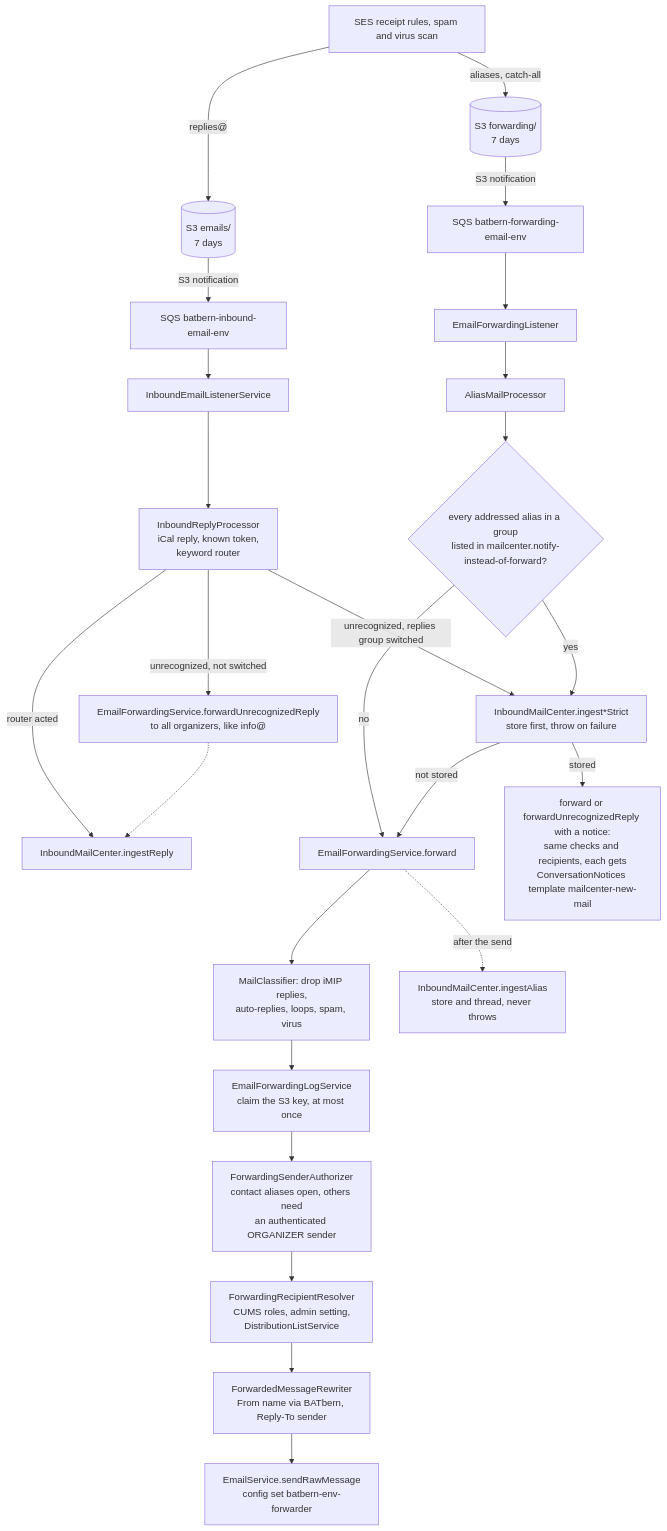
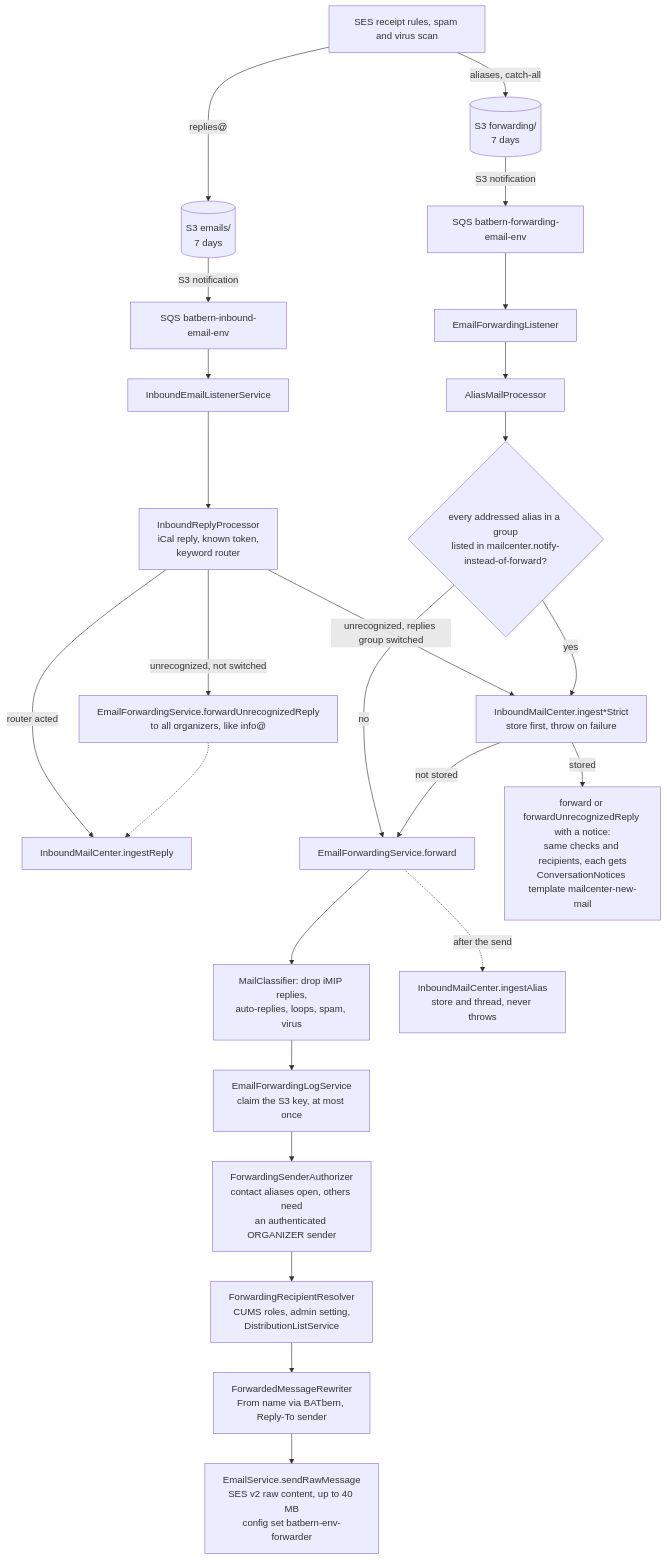
One commit to nissimbuchs/BATbern2 changed the seventh of 14 diagrams in docs/architecture/06-backend-architecture.md. Above: the diagram before and after it, drawn with Mermaid. The commit also changed other lines of this file and 351 other files, not shown here.

First line of the commit message:
feat(agent-runtime): agent-service runs a gated, logged agent loop (epic 1, dark) + SES v2 forwarding fix (#1345)

````diff
--- a/docs/architecture/06-backend-architecture.md
+++ b/docs/architecture/06-backend-architecture.md
@@ -1120,25 +1319,25 @@
 ```mermaid
 flowchart TD
     SES["SES receipt rules, spam and virus scan"] -->|"replies@"| S3E[("S3 emails/<br/>7 days")]
     SES -->|"aliases, catch-all"| S3F[("S3 forwarding/<br/>7 days")]
     S3E -->|"S3 notification"| QI["SQS batbern-inbound-email-env"]
     S3F -->|"S3 notification"| QF["SQS batbern-forwarding-email-env"]
     QI --> IL["InboundEmailListenerService"] --> IRP["InboundReplyProcessor<br/>iCal reply, known token,<br/>keyword router"]
     IRP -->|"router acted"| ING2["InboundMailCenter.ingestReply"]
     IRP -->|"unrecognized, replies group switched"| STRICT
     IRP -->|"unrecognized, not switched"| FUR["EmailForwardingService.forwardUnrecognizedReply<br/>to all organizers, like info@"]
     FUR -.-> ING2
     QF --> FL["EmailForwardingListener"] --> AMP["AliasMailProcessor"]
     AMP --> SW{"every addressed alias in a group<br/>listed in mailcenter.notify-instead-of-forward?"}
     SW -->|"no"| FWD["EmailForwardingService.forward"]
     SW -->|"yes"| STRICT["InboundMailCenter.ingest*Strict<br/>store first, throw on failure"]
     STRICT -->|"stored"| NOTICE["forward or forwardUnrecognizedReply with a notice:<br/>same checks and recipients, each gets<br/>ConversationNotices template mailcenter-new-mail"]
     STRICT -->|"not stored"| FWD
     FWD --> CL["MailClassifier: drop iMIP replies,<br/>auto-replies, loops, spam, virus"]
     CL --> CLAIM["EmailForwardingLogService<br/>claim the S3 key, at most once"]
     CLAIM --> AUTH["ForwardingSenderAuthorizer<br/>contact aliases open, others need<br/>an authenticated ORGANIZER sender"]
     AUTH --> RES["ForwardingRecipientResolver<br/>CUMS roles, admin setting,<br/>DistributionListService"]
     RES --> RW["ForwardedMessageRewriter<br/>From name via BATbern, Reply-To sender"]
-    RW --> OUT["EmailService.sendRawMessage<br/>config set batbern-env-forwarder"]
+    RW --> OUT["EmailService.sendRawMessage<br/>SES v2 raw content, up to 40 MB<br/>config set batbern-env-forwarder"]
     FWD -.->|"after the send"| ING["InboundMailCenter.ingestAlias<br/>store and thread, never throws"]
 ```
````
